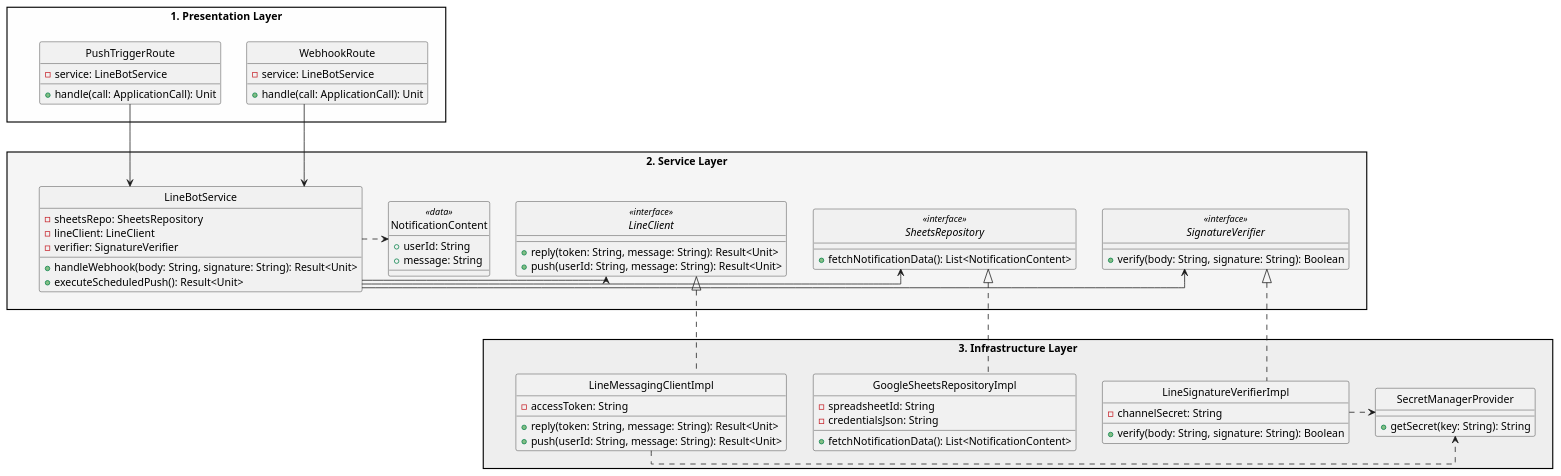
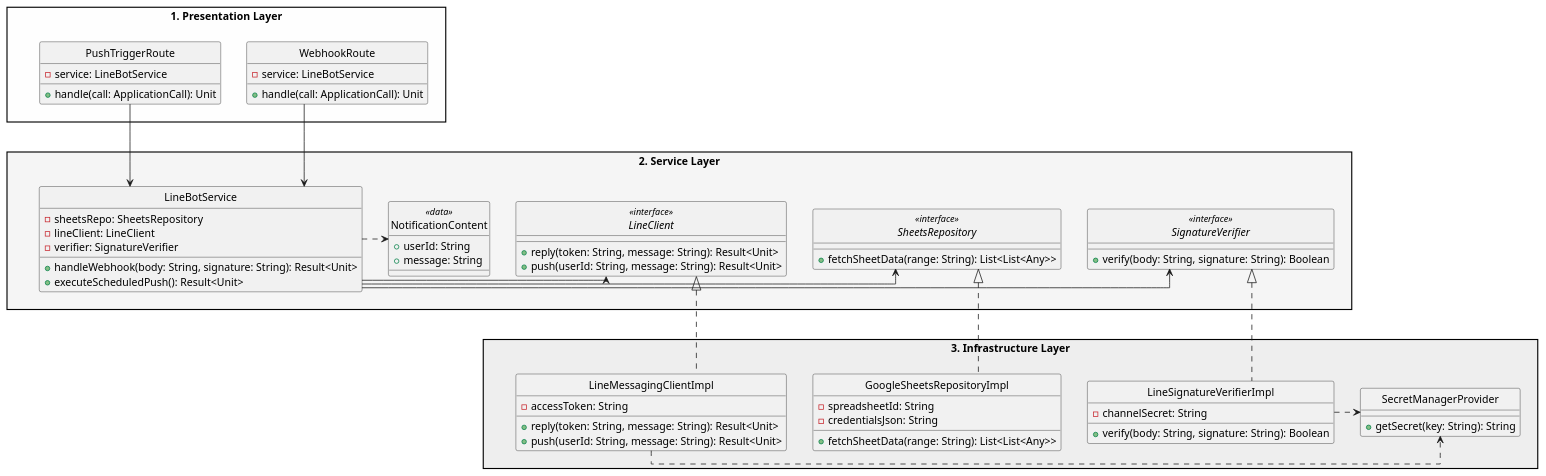
The diagram in docs/designs/images/class_diagram.puml (sallyluenoa/FRLineAgent), drawn with PlantUML before and after one commit. The commit also changed 5 other files, not shown here.

```diff
--- a/docs/designs/images/class_diagram.puml
+++ b/docs/designs/images/class_diagram.puml
@@ -1,94 +1,94 @@
 @startuml
 ' --- Configuration ---
 skinparam style strictuml
 skinparam linetype ortho
 skinparam packageStyle rectangle
 top to bottom direction
 
 ' --- Presentation Layer ---
 package "1. Presentation Layer" as Presentation #FEFEFE {
     class WebhookRoute {
         - service: LineBotService
         + handle(call: ApplicationCall): Unit
     }
     class PushTriggerRoute {
         - service: LineBotService
         + handle(call: ApplicationCall): Unit
     }
 }
 
 ' --- Service Layer ---
 package "2. Service Layer" as Service #F5F5F5 {
     class LineBotService {
         - sheetsRepo: SheetsRepository
         - lineClient: LineClient
         - verifier: SignatureVerifier
         + handleWebhook(body: String, signature: String): Result<Unit>
         + executeScheduledPush(): Result<Unit>
     }
 
     interface SignatureVerifier <<interface>> {
         + verify(body: String, signature: String): Boolean
     }
 
     interface SheetsRepository <<interface>> {
-        + fetchNotificationData(): List<NotificationContent>
+        + fetchSheetData(range: String): List<List<Any>>
     }
 
     interface LineClient <<interface>> {
         + reply(token: String, message: String): Result<Unit>
         + push(userId: String, message: String): Result<Unit>
     }
 
     class NotificationContent <<data>> {
         + userId: String
         + message: String
     }
 }
 
 ' --- Infrastructure Layer ---
 package "3. Infrastructure Layer" as Infra #EEEEEE {
     class LineSignatureVerifierImpl {
         - channelSecret: String
         + verify(body: String, signature: String): Boolean
     }
     class GoogleSheetsRepositoryImpl {
         - spreadsheetId: String
         - credentialsJson: String
-        + fetchNotificationData(): List<NotificationContent>
+        + fetchSheetData(range: String): List<List<Any>>
     }
     class LineMessagingClientImpl {
         - accessToken: String
         + reply(token: String, message: String): Result<Unit>
         + push(userId: String, message: String): Result<Unit>
     }
     class SecretManagerProvider {
         + getSecret(key: String): String
     }
 }
 
 ' --- Layout Constraints (Hidden Links) ---
 Presentation -[hidden]down-> Service
 Service -[hidden]down-> Infra
 
 ' --- Real Relationships ---
 ' Presentation -> Service
 WebhookRoute -down-> LineBotService
 PushTriggerRoute -down-> LineBotService
 
 ' Service Logic Dependencies
 LineBotService -right-> SignatureVerifier
 LineBotService -right-> SheetsRepository
 LineBotService -right-> LineClient
 LineBotService .right.> NotificationContent
 
 ' Dependency Inversion: Infra implements Service Interfaces
 LineSignatureVerifierImpl .up.|> SignatureVerifier
 GoogleSheetsRepositoryImpl .up.|> SheetsRepository
 LineMessagingClientImpl .up.|> LineClient
 
 ' Internal Infra usage
 LineMessagingClientImpl .right.> SecretManagerProvider
 LineSignatureVerifierImpl .right.> SecretManagerProvider
 
 @enduml
```
